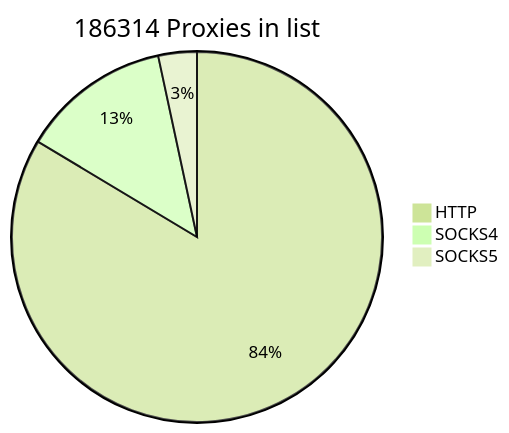
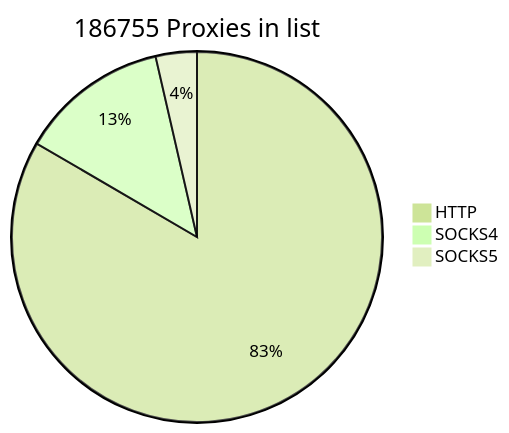
Before and after one commit to cutipu/proxylist: the first of 2 diagrams in README.md, drawn with Mermaid (forest theme). The commit also changed other lines of this file, not shown here.

````diff
--- a/README.md
+++ b/README.md
@@ -2,7 +2,7 @@
 ```mermaid
-pie title 186314 Proxies in list
+pie title 186755 Proxies in list
     "HTTP" : 155760
-    "SOCKS4" : 24289
-    "SOCKS5" : 6265
+    "SOCKS4" : 24288
+    "SOCKS5" : 6707
             
 ```
````
